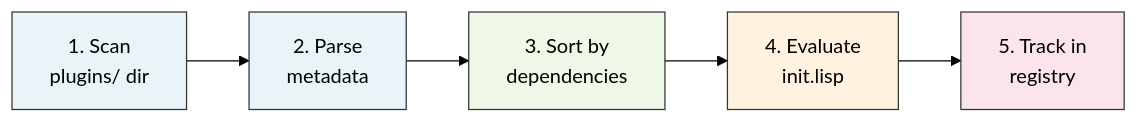
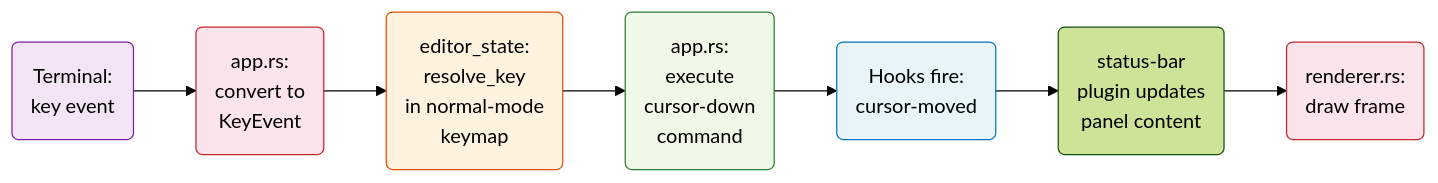
One commit to andrealaforgia/alfred changed the second of 5 diagrams in docs/walkthrough/alfred-walkthrough.md. Above: the diagram before and after it, drawn with Mermaid (forest theme). The commit also changed other lines of this file and 4 other files, not shown here.

````diff
--- a/docs/walkthrough/alfred-walkthrough.md
+++ b/docs/walkthrough/alfred-walkthrough.md
@@ -240,16 +189,16 @@
 ```mermaid
 graph LR
-    SCAN["1. Scan<br/>plugins/ dir"]
-    PARSE["2. Parse<br/>metadata"]
-    SORT["3. Sort by<br/>dependencies"]
-    LOAD["4. Evaluate<br/>init.lisp"]
-    TRACK["5. Track in<br/>registry"]
+    K("Terminal:<br/>key event") --> C("app.rs:<br/>convert to<br/>KeyEvent")
+    C --> R("editor_state:<br/>resolve_key<br/>in normal-mode<br/>keymap")
+    R --> E("app.rs:<br/>execute<br/>cursor-down<br/>command")
+    E --> H("Hooks fire:<br/>cursor-moved")
+    H --> P("status-bar<br/>plugin updates<br/>panel content")
+    P --> D("renderer.rs:<br/>draw frame")
 
-    SCAN --> PARSE --> SORT --> LOAD --> TRACK
-
-    style SCAN fill:#e8f4f8,stroke:#333
-    style PARSE fill:#e8f4f8,stroke:#333
-    style SORT fill:#f0f8e8,stroke:#333
-    style LOAD fill:#fff3e0,stroke:#333
-    style TRACK fill:#fce4ec,stroke:#333
+    style K fill:#f3e5f5,stroke:#7b1fa2
+    style C fill:#fce4ec,stroke:#c62828
+    style R fill:#fff3e0,stroke:#e65100
+    style E fill:#f0f8e8,stroke:#2e7d32
+    style H fill:#e8f4f8,stroke:#0277bd
+    style D fill:#fce4ec,stroke:#c62828
 ```
````
